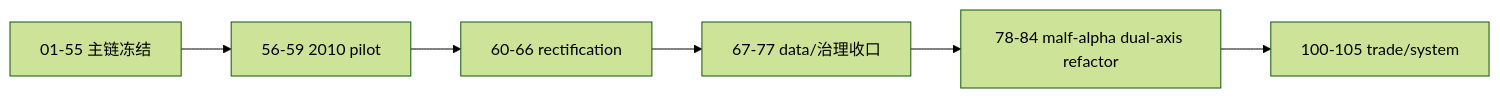
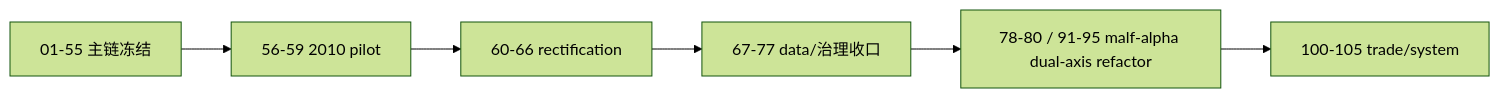
The diagram in docs/03-execution/C-system-completion-ledger-20260409.md (everything-is-simple/lifespan-0.01), drawn with Mermaid (forest theme) before and after one commit. The commit also changed other lines of this file and 59 other files, not shown here.

````diff
--- a/docs/03-execution/C-system-completion-ledger-20260409.md
+++ b/docs/03-execution/C-system-completion-ledger-20260409.md
@@ -28,8 +28,8 @@
 ```mermaid
 flowchart LR
     G01["01-55 主链冻结"] --> G56["56-59 2010 pilot"]
     G56 --> G60["60-66 rectification"]
     G60 --> G67["67-77 data/治理收口"]
-    G67 --> G78["78-84 malf-alpha dual-axis refactor"]
+    G67 --> G78["78-80 / 91-95 malf-alpha dual-axis refactor"]
     G78 --> NEXT["100-105 trade/system"]
 ```
````
